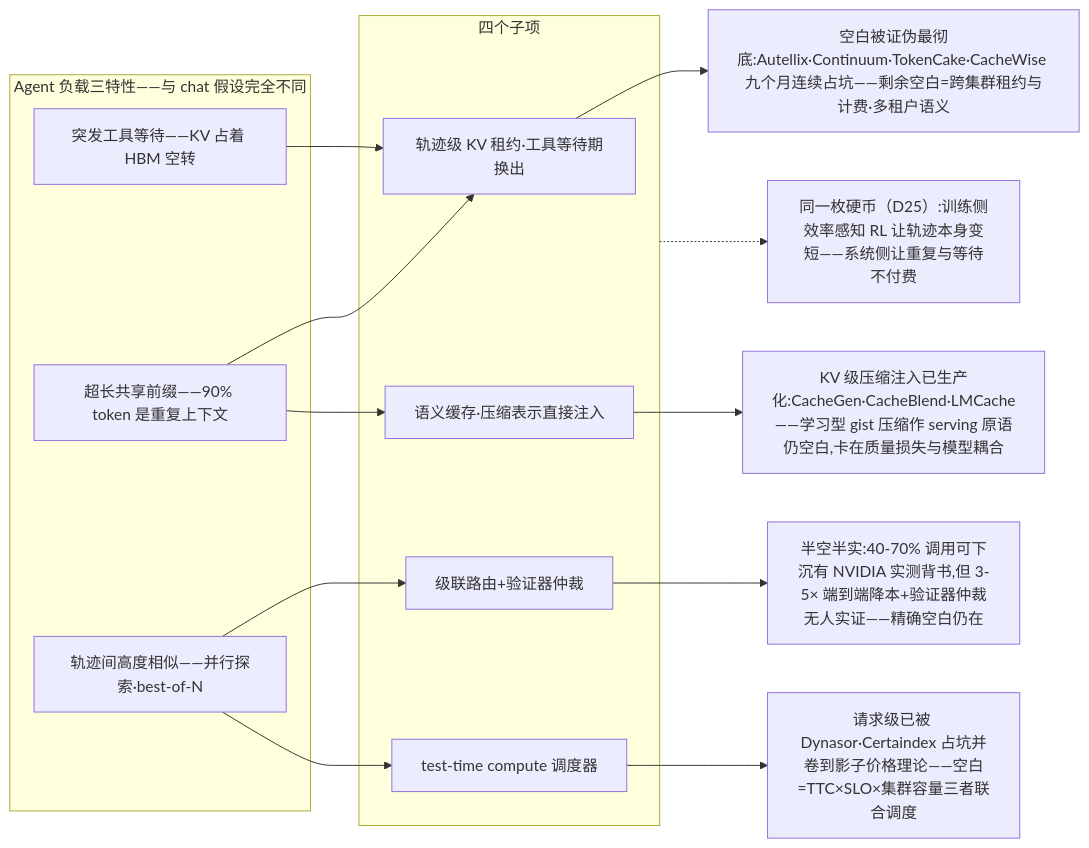
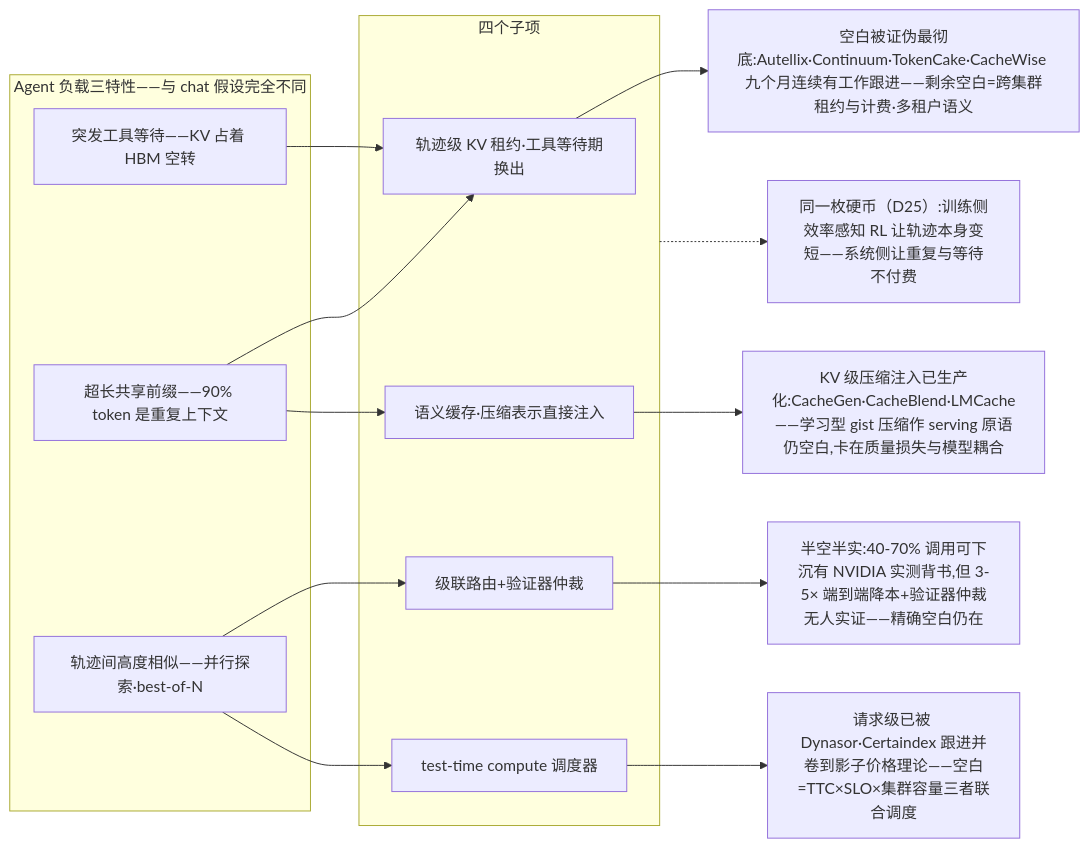
The fourth of 5 diagrams in docs/blog/dispatch-26-inference-efficiency-map.md (lloo099/mission44), drawn with Mermaid before and after one commit. The commit also changed other lines of this file and 22 other files, not shown here.

````diff
--- a/docs/blog/dispatch-26-inference-efficiency-map.md
+++ b/docs/blog/dispatch-26-inference-efficiency-map.md
@@ -258,31 +258,31 @@
 ```mermaid
 flowchart LR
     subgraph TR ["Agent 负载三特性——与 chat 假设完全不同"]
         T1["超长共享前缀——90% token 是重复上下文"]
         T2["突发工具等待——KV 占着 HBM 空转"]
         T3["轨迹间高度相似——并行探索·best-of-N"]
     end
     subgraph SUB ["四个子项"]
         G1["轨迹级 KV 租约·工具等待期换出"]
         G2["级联路由+验证器仲裁"]
         G3["test-time compute 调度器"]
         G4["语义缓存·压缩表示直接注入"]
     end
     T1 --> G1
     T2 --> G1
     T1 --> G4
     T3 --> G2
     T3 --> G3
 
-    V1["空白被证伪最彻底:Autellix·Continuum·TokenCake·CacheWise 九个月连续占坑——剩余空白=跨集群租约与计费·多租户语义"]
+    V1["空白被证伪最彻底:Autellix·Continuum·TokenCake·CacheWise 九个月连续有工作跟进——剩余空白=跨集群租约与计费·多租户语义"]
     V2["半空半实:40-70% 调用可下沉有 NVIDIA 实测背书,但 3-5× 端到端降本+验证器仲裁无人实证——精确空白仍在"]
-    V3["请求级已被 Dynasor·Certaindex 占坑并卷到影子价格理论——空白=TTC×SLO×集群容量三者联合调度"]
+    V3["请求级已被 Dynasor·Certaindex 跟进并卷到影子价格理论——空白=TTC×SLO×集群容量三者联合调度"]
     V4["KV 级压缩注入已生产化:CacheGen·CacheBlend·LMCache——学习型 gist 压缩作 serving 原语仍空白,卡在质量损失与模型耦合"]
     G1 --> V1
     G2 --> V2
     G3 --> V3
     G4 --> V4
 
     COIN["同一枚硬币（D25）:训练侧效率感知 RL 让轨迹本身变短——系统侧让重复与等待不付费"]
     SUB -.-> COIN
 ```
````
